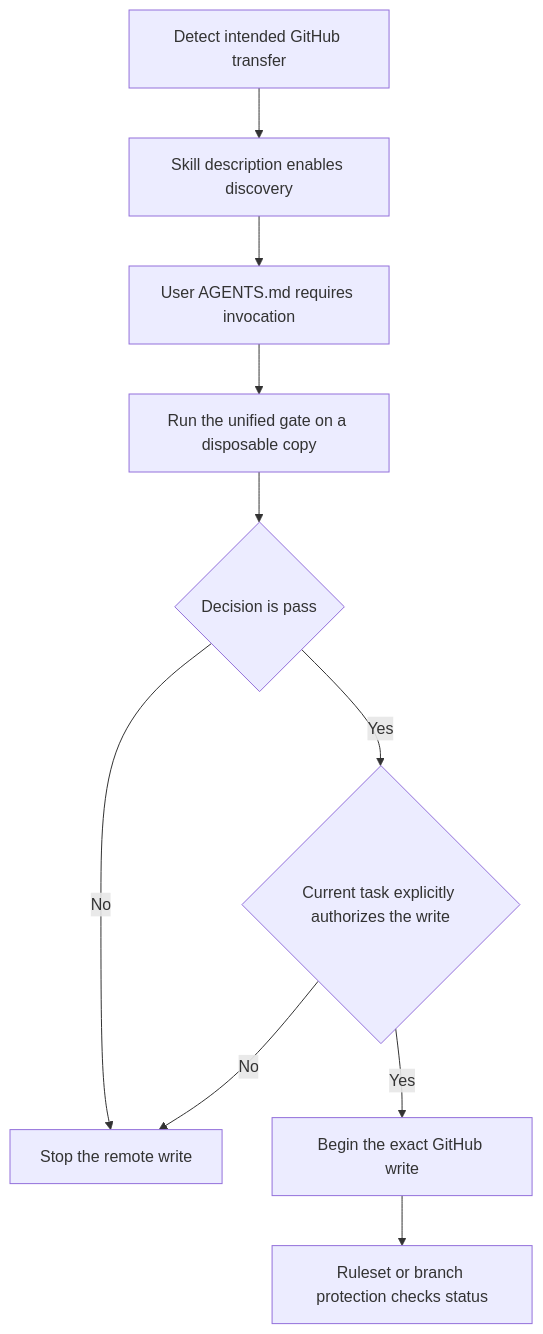
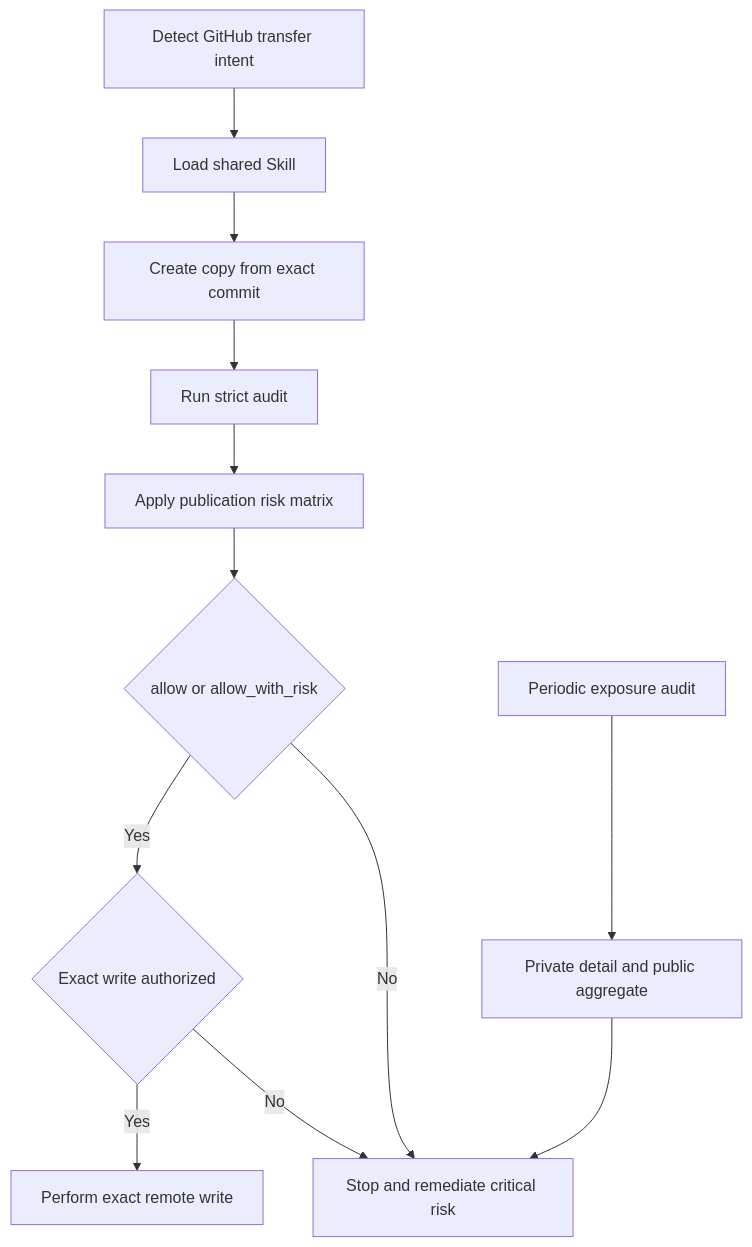
The diagram in README.en.md (AIALRA-0/agent-github-safe-publish), drawn with Mermaid before and after one commit. The commit also changed other lines of this file and 28 other files, not shown here.

Commit message:
release: GitHub Safe Publish v1.0.0 (#3)

````diff
--- a/README.en.md
+++ b/README.en.md
@@ -88,13 +50,15 @@
 ```mermaid
-%% Discovery, mandatory user instructions, and remote rejection form one publication path
+%% Both audit modes share policy, but only the exact check produces a publication decision
 flowchart TD
-    A[Detect intended GitHub transfer] --> B[Skill description enables discovery]
-    B --> C[User AGENTS.md requires invocation]
-    C --> D[Run the unified gate on a disposable copy]
-    D --> E{Decision is pass}
-    E -->|No| F[Stop the remote write]
-    E -->|Yes| G{Current task explicitly authorizes the write}
+    A[Detect GitHub transfer intent] --> B[Load shared Skill]
+    B --> C[Create copy from exact commit]
+    C --> D[Run strict audit]
+    D --> E[Apply publication risk matrix]
+    E --> K{allow or allow_with_risk}
+    K -->|No| F[Stop and remediate critical risk]
+    K -->|Yes| G{Exact write authorized}
     G -->|No| F
-    G -->|Yes| H[Begin the exact GitHub write]
-    H --> I[Ruleset or branch protection checks status]
+    G -->|Yes| H[Perform exact remote write]
+    I[Periodic exposure audit] --> J[Private detail and public aggregate]
+    J --> F
 ```
````
